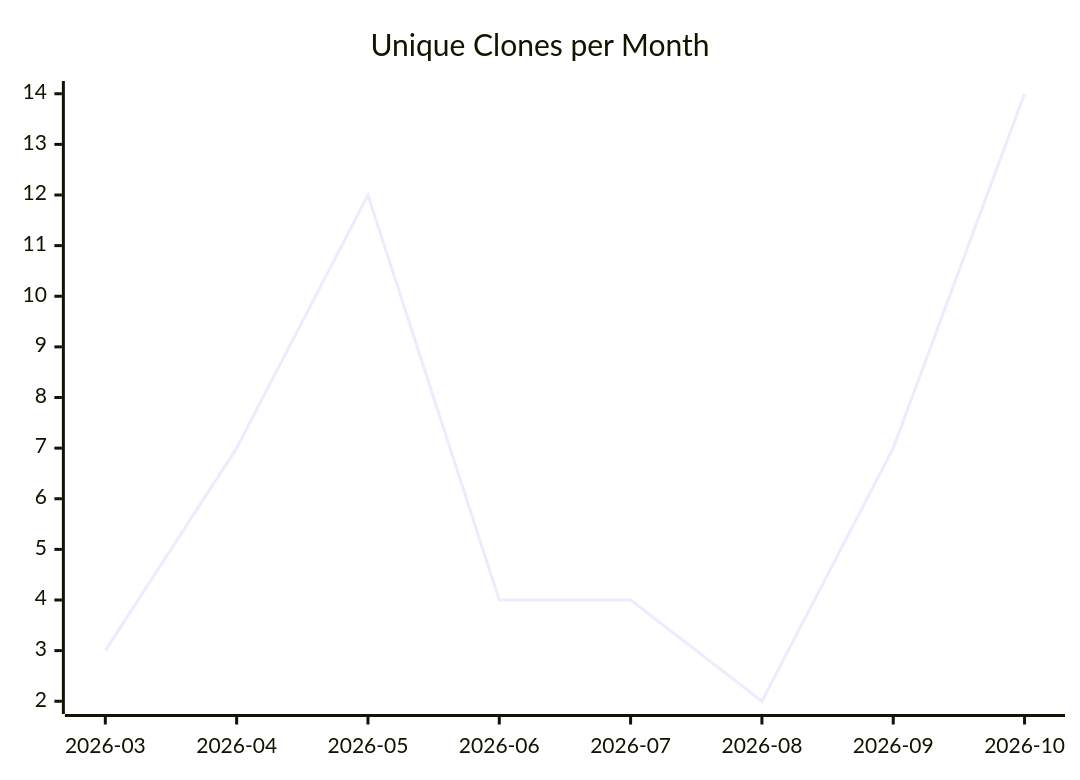
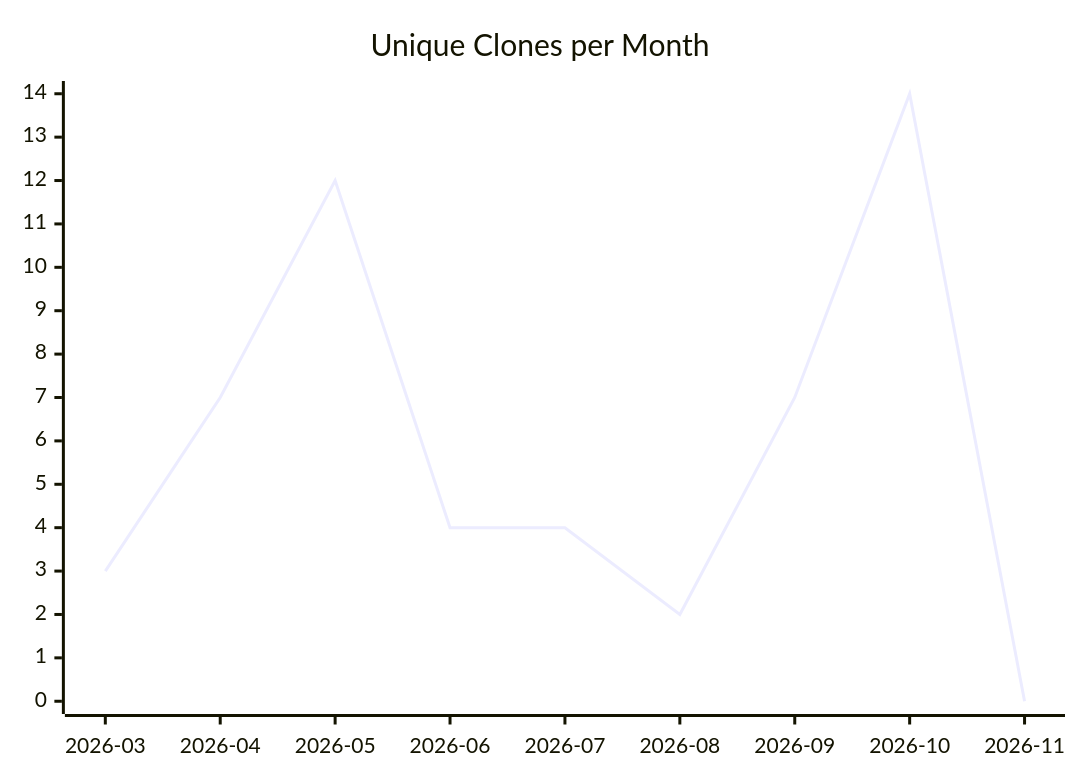
One commit to justdavis-family/github-analytics-data changed the third of 3 diagrams in karlmdavis/perfect-note/README.md. Above: the diagram before and after it, drawn with Mermaid. The commit also changed other lines of this file and 201 other files, not shown here.

````diff
--- a/karlmdavis/perfect-note/README.md
+++ b/karlmdavis/perfect-note/README.md
@@ -19,6 +19,6 @@
 ```mermaid
 xychart-beta
   title "Unique Clones per Month"
-  x-axis ["2026-03", "2026-04", "2026-05", "2026-06", "2026-07", "2026-08", "2026-09", "2026-10"]
-  line [3, 7, 12, 4, 4, 2, 7, 14]
+  x-axis ["2026-03", "2026-04", "2026-05", "2026-06", "2026-07", "2026-08", "2026-09", "2026-10", "2026-11"]
+  line [3, 7, 12, 4, 4, 2, 7, 14, 0]
 ```
````
